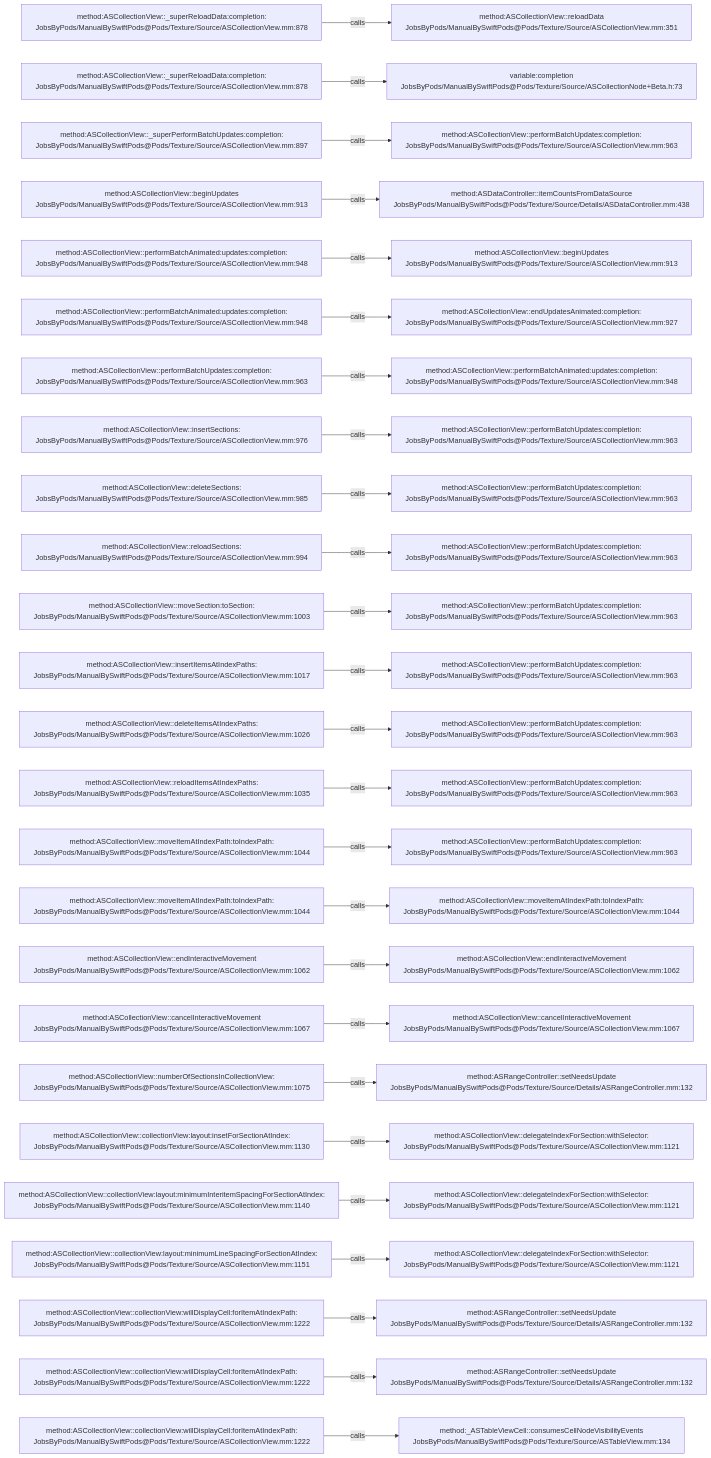
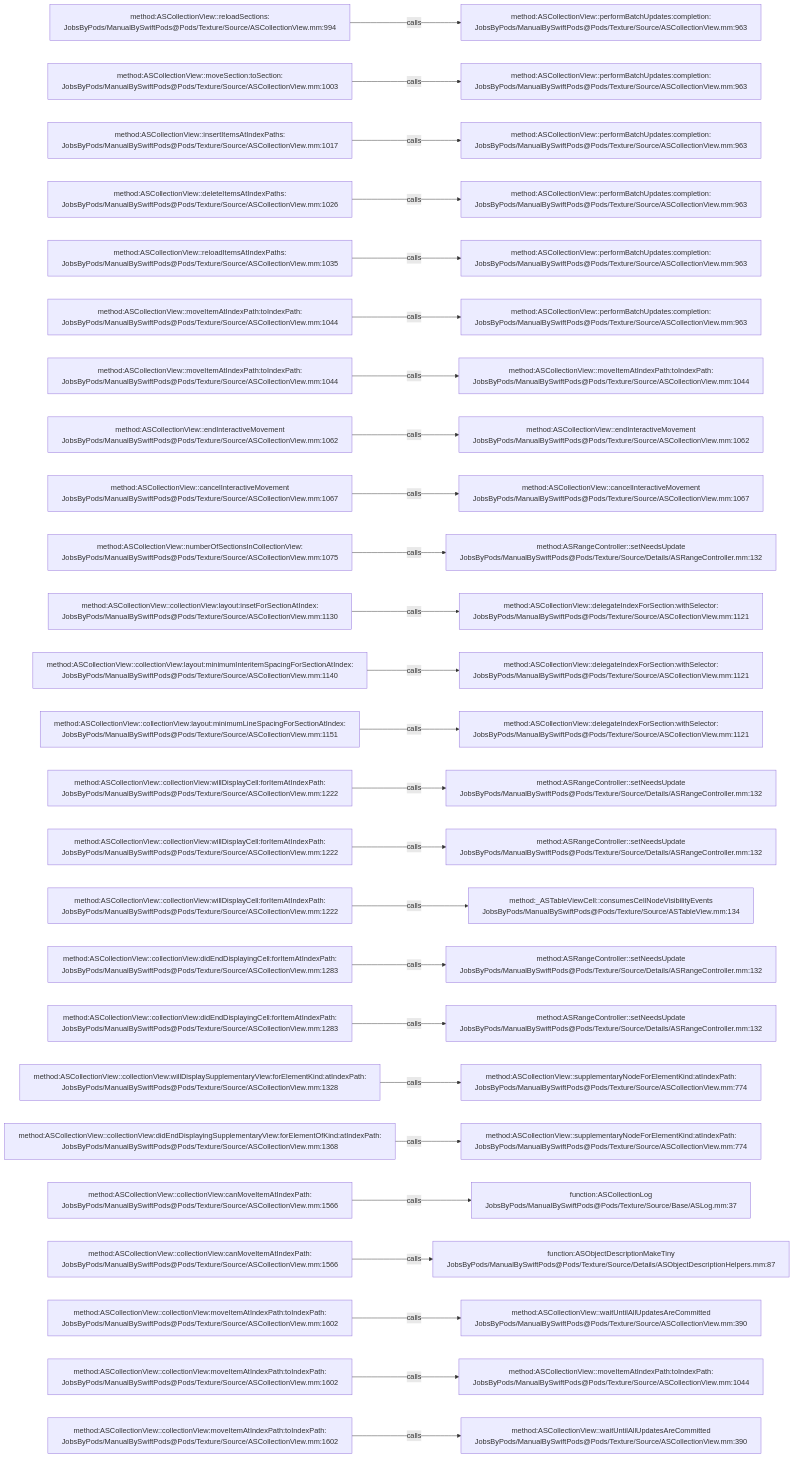
One commit to JobsKits/JobsSwiftBaseConfigDemo changed the diagram in .codegraph/codegraph.md/graphs/calls-012.md. Above: the diagram before and after it, drawn with Mermaid. The commit also changed 707 other files, not shown here.

````diff
--- a/.codegraph/codegraph.md/graphs/calls-012.md
+++ b/.codegraph/codegraph.md/graphs/calls-012.md
@@ -13,78 +13,78 @@
 ```mermaid
 flowchart LR
-  S1["method:ASCollectionView::_superReloadData:completion:<br/>JobsByPods/ManualBySwiftPods@Pods/Texture/Source/ASCollectionView.mm:878"]
-  T1["method:ASCollectionView::reloadData<br/>JobsByPods/ManualBySwiftPods@Pods/Texture/Source/ASCollectionView.mm:351"]
+  S1["method:ASCollectionView::reloadSections:<br/>JobsByPods/ManualBySwiftPods@Pods/Texture/Source/ASCollectionView.mm:994"]
+  T1["method:ASCollectionView::performBatchUpdates:completion:<br/>JobsByPods/ManualBySwiftPods@Pods/Texture/Source/ASCollectionView.mm:963"]
   S1 -->|calls| T1
-  S2["method:ASCollectionView::_superReloadData:completion:<br/>JobsByPods/ManualBySwiftPods@Pods/Texture/Source/ASCollectionView.mm:878"]
-  T2["variable:completion<br/>JobsByPods/ManualBySwiftPods@Pods/Texture/Source/ASCollectionNode+Beta.h:73"]
+  S2["method:ASCollectionView::moveSection:toSection:<br/>JobsByPods/ManualBySwiftPods@Pods/Texture/Source/ASCollectionView.mm:1003"]
+  T2["method:ASCollectionView::performBatchUpdates:completion:<br/>JobsByPods/ManualBySwiftPods@Pods/Texture/Source/ASCollectionView.mm:963"]
   S2 -->|calls| T2
-  S3["method:ASCollectionView::_superPerformBatchUpdates:completion:<br/>JobsByPods/ManualBySwiftPods@Pods/Texture/Source/ASCollectionView.mm:897"]
+  S3["method:ASCollectionView::insertItemsAtIndexPaths:<br/>JobsByPods/ManualBySwiftPods@Pods/Texture/Source/ASCollectionView.mm:1017"]
   T3["method:ASCollectionView::performBatchUpdates:completion:<br/>JobsByPods/ManualBySwiftPods@Pods/Texture/Source/ASCollectionView.mm:963"]
   S3 -->|calls| T3
-  S4["method:ASCollectionView::beginUpdates<br/>JobsByPods/ManualBySwiftPods@Pods/Texture/Source/ASCollectionView.mm:913"]
-  T4["method:ASDataController::itemCountsFromDataSource<br/>JobsByPods/ManualBySwiftPods@Pods/Texture/Source/Details/ASDataController.mm:438"]
+  S4["method:ASCollectionView::deleteItemsAtIndexPaths:<br/>JobsByPods/ManualBySwiftPods@Pods/Texture/Source/ASCollectionView.mm:1026"]
+  T4["method:ASCollectionView::performBatchUpdates:completion:<br/>JobsByPods/ManualBySwiftPods@Pods/Texture/Source/ASCollectionView.mm:963"]
   S4 -->|calls| T4
-  S5["method:ASCollectionView::performBatchAnimated:updates:completion:<br/>JobsByPods/ManualBySwiftPods@Pods/Texture/Source/ASCollectionView.mm:948"]
-  T5["method:ASCollectionView::beginUpdates<br/>JobsByPods/ManualBySwiftPods@Pods/Texture/Source/ASCollectionView.mm:913"]
+  S5["method:ASCollectionView::reloadItemsAtIndexPaths:<br/>JobsByPods/ManualBySwiftPods@Pods/Texture/Source/ASCollectionView.mm:1035"]
+  T5["method:ASCollectionView::performBatchUpdates:completion:<br/>JobsByPods/ManualBySwiftPods@Pods/Texture/Source/ASCollectionView.mm:963"]
   S5 -->|calls| T5
-  S6["method:ASCollectionView::performBatchAnimated:updates:completion:<br/>JobsByPods/ManualBySwiftPods@Pods/Texture/Source/ASCollectionView.mm:948"]
-  T6["method:ASCollectionView::endUpdatesAnimated:completion:<br/>JobsByPods/ManualBySwiftPods@Pods/Texture/Source/ASCollectionView.mm:927"]
+  S6["method:ASCollectionView::moveItemAtIndexPath:toIndexPath:<br/>JobsByPods/ManualBySwiftPods@Pods/Texture/Source/ASCollectionView.mm:1044"]
+  T6["method:ASCollectionView::performBatchUpdates:completion:<br/>JobsByPods/ManualBySwiftPods@Pods/Texture/Source/ASCollectionView.mm:963"]
   S6 -->|calls| T6
-  S7["method:ASCollectionView::performBatchUpdates:completion:<br/>JobsByPods/ManualBySwiftPods@Pods/Texture/Source/ASCollectionView.mm:963"]
-  T7["method:ASCollectionView::performBatchAnimated:updates:completion:<br/>JobsByPods/ManualBySwiftPods@Pods/Texture/Source/ASCollectionView.mm:948"]
+  S7["method:ASCollectionView::moveItemAtIndexPath:toIndexPath:<br/>JobsByPods/ManualBySwiftPods@Pods/Texture/Source/ASCollectionView.mm:1044"]
+  T7["method:ASCollectionView::moveItemAtIndexPath:toIndexPath:<br/>JobsByPods/ManualBySwiftPods@Pods/Texture/Source/ASCollectionView.mm:1044"]
   S7 -->|calls| T7
-  S8["method:ASCollectionView::insertSections:<br/>JobsByPods/ManualBySwiftPods@Pods/Texture/Source/ASCollectionView.mm:976"]
-  T8["method:ASCollectionView::performBatchUpdates:completion:<br/>JobsByPods/ManualBySwiftPods@Pods/Texture/Source/ASCollectionView.mm:963"]
+  S8["method:ASCollectionView::endInteractiveMovement<br/>JobsByPods/ManualBySwiftPods@Pods/Texture/Source/ASCollectionView.mm:1062"]
+  T8["method:ASCollectionView::endInteractiveMovement<br/>JobsByPods/ManualBySwiftPods@Pods/Texture/Source/ASCollectionView.mm:1062"]
   S8 -->|calls| T8
-  S9["method:ASCollectionView::deleteSections:<br/>JobsByPods/ManualBySwiftPods@Pods/Texture/Source/ASCollectionView.mm:985"]
-  T9["method:ASCollectionView::performBatchUpdates:completion:<br/>JobsByPods/ManualBySwiftPods@Pods/Texture/Source/ASCollectionView.mm:963"]
+  S9["method:ASCollectionView::cancelInteractiveMovement<br/>JobsByPods/ManualBySwiftPods@Pods/Texture/Source/ASCollectionView.mm:1067"]
+  T9["method:ASCollectionView::cancelInteractiveMovement<br/>JobsByPods/ManualBySwiftPods@Pods/Texture/Source/ASCollectionView.mm:1067"]
   S9 -->|calls| T9
-  S10["method:ASCollectionView::reloadSections:<br/>JobsByPods/ManualBySwiftPods@Pods/Texture/Source/ASCollectionView.mm:994"]
-  T10["method:ASCollectionView::performBatchUpdates:completion:<br/>JobsByPods/ManualBySwiftPods@Pods/Texture/Source/ASCollectionView.mm:963"]
+  S10["method:ASCollectionView::numberOfSectionsInCollectionView:<br/>JobsByPods/ManualBySwiftPods@Pods/Texture/Source/ASCollectionView.mm:1075"]
+  T10["method:ASRangeController::setNeedsUpdate<br/>JobsByPods/ManualBySwiftPods@Pods/Texture/Source/Details/ASRangeController.mm:132"]
   S10 -->|calls| T10
-  S11["method:ASCollectionView::moveSection:toSection:<br/>JobsByPods/ManualBySwiftPods@Pods/Texture/Source/ASCollectionView.mm:1003"]
-  T11["method:ASCollectionView::performBatchUpdates:completion:<br/>JobsByPods/ManualBySwiftPods@Pods/Texture/Source/ASCollectionView.mm:963"]
+  S11["method:ASCollectionView::collectionView:layout:insetForSectionAtIndex:<br/>JobsByPods/ManualBySwiftPods@Pods/Texture/Source/ASCollectionView.mm:1130"]
+  T11["method:ASCollectionView::delegateIndexForSection:withSelector:<br/>JobsByPods/ManualBySwiftPods@Pods/Texture/Source/ASCollectionView.mm:1121"]
   S11 -->|calls| T11
-  S12["method:ASCollectionView::insertItemsAtIndexPaths:<br/>JobsByPods/ManualBySwiftPods@Pods/Texture/Source/ASCollectionView.mm:1017"]
-  T12["method:ASCollectionView::performBatchUpdates:completion:<br/>JobsByPods/ManualBySwiftPods@Pods/Texture/Source/ASCollectionView.mm:963"]
+  S12["method:ASCollectionView::collectionView:layout:minimumInteritemSpacingForSectionAtIndex:<br/>JobsByPods/ManualBySwiftPods@Pods/Texture/Source/ASCollectionView.mm:1140"]
+  T12["method:ASCollectionView::delegateIndexForSection:withSelector:<br/>JobsByPods/ManualBySwiftPods@Pods/Texture/Source/ASCollectionView.mm:1121"]
   S12 -->|calls| T12
-  S13["method:ASCollectionView::deleteItemsAtIndexPaths:<br/>JobsByPods/ManualBySwiftPods@Pods/Texture/Source/ASCollectionView.mm:1026"]
-  T13["method:ASCollectionView::performBatchUpdates:completion:<br/>JobsByPods/ManualBySwiftPods@Pods/Texture/Source/ASCollectionView.mm:963"]
+  S13["method:ASCollectionView::collectionView:layout:minimumLineSpacingForSectionAtIndex:<br/>JobsByPods/ManualBySwiftPods@Pods/Texture/Source/ASCollectionView.mm:1151"]
+  T13["method:ASCollectionView::delegateIndexForSection:withSelector:<br/>JobsByPods/ManualBySwiftPods@Pods/Texture/Source/ASCollectionView.mm:1121"]
   S13 -->|calls| T13
-  S14["method:ASCollectionView::reloadItemsAtIndexPaths:<br/>JobsByPods/ManualBySwiftPods@Pods/Texture/Source/ASCollectionView.mm:1035"]
-  T14["method:ASCollectionView::performBatchUpdates:completion:<br/>JobsByPods/ManualBySwiftPods@Pods/Texture/Source/ASCollectionView.mm:963"]
+  S14["method:ASCollectionView::collectionView:willDisplayCell:forItemAtIndexPath:<br/>JobsByPods/ManualBySwiftPods@Pods/Texture/Source/ASCollectionView.mm:1222"]
+  T14["method:ASRangeController::setNeedsUpdate<br/>JobsByPods/ManualBySwiftPods@Pods/Texture/Source/Details/ASRangeController.mm:132"]
   S14 -->|calls| T14
-  S15["method:ASCollectionView::moveItemAtIndexPath:toIndexPath:<br/>JobsByPods/ManualBySwiftPods@Pods/Texture/Source/ASCollectionView.mm:1044"]
-  T15["method:ASCollectionView::performBatchUpdates:completion:<br/>JobsByPods/ManualBySwiftPods@Pods/Texture/Source/ASCollectionView.mm:963"]
+  S15["method:ASCollectionView::collectionView:willDisplayCell:forItemAtIndexPath:<br/>JobsByPods/ManualBySwiftPods@Pods/Texture/Source/ASCollectionView.mm:1222"]
+  T15["method:ASRangeController::setNeedsUpdate<br/>JobsByPods/ManualBySwiftPods@Pods/Texture/Source/Details/ASRangeController.mm:132"]
   S15 -->|calls| T15
-  S16["method:ASCollectionView::moveItemAtIndexPath:toIndexPath:<br/>JobsByPods/ManualBySwiftPods@Pods/Texture/Source/ASCollectionView.mm:1044"]
-  T16["method:ASCollectionView::moveItemAtIndexPath:toIndexPath:<br/>JobsByPods/ManualBySwiftPods@Pods/Texture/Source/ASCollectionView.mm:1044"]
+  S16["method:ASCollectionView::collectionView:willDisplayCell:forItemAtIndexPath:<br/>JobsByPods/ManualBySwiftPods@Pods/Texture/Source/ASCollectionView.mm:1222"]
+  T16["method:_ASTableViewCell::consumesCellNodeVisibilityEvents<br/>JobsByPods/ManualBySwiftPods@Pods/Texture/Source/ASTableView.mm:134"]
   S16 -->|calls| T16
-  S17["method:ASCollectionView::endInteractiveMovement<br/>JobsByPods/ManualBySwiftPods@Pods/Texture/Source/ASCollectionView.mm:1062"]
-  T17["method:ASCollectionView::endInteractiveMovement<br/>JobsByPods/ManualBySwiftPods@Pods/Texture/Source/ASCollectionView.mm:1062"]
+  S17["method:ASCollectionView::collectionView:didEndDisplayingCell:forItemAtIndexPath:<br/>JobsByPods/ManualBySwiftPods@Pods/Texture/Source/ASCollectionView.mm:1283"]
+  T17["method:ASRangeController::setNeedsUpdate<br/>JobsByPods/ManualBySwiftPods@Pods/Texture/Source/Details/ASRangeController.mm:132"]
   S17 -->|calls| T17
-  S18["method:ASCollectionView::cancelInteractiveMovement<br/>JobsByPods/ManualBySwiftPods@Pods/Texture/Source/ASCollectionView.mm:1067"]
-  T18["method:ASCollectionView::cancelInteractiveMovement<br/>JobsByPods/ManualBySwiftPods@Pods/Texture/Source/ASCollectionView.mm:1067"]
+  S18["method:ASCollectionView::collectionView:didEndDisplayingCell:forItemAtIndexPath:<br/>JobsByPods/ManualBySwiftPods@Pods/Texture/Source/ASCollectionView.mm:1283"]
+  T18["method:ASRangeController::setNeedsUpdate<br/>JobsByPods/ManualBySwiftPods@Pods/Texture/Source/Details/ASRangeController.mm:132"]
   S18 -->|calls| T18
-  S19["method:ASCollectionView::numberOfSectionsInCollectionView:<br/>JobsByPods/ManualBySwiftPods@Pods/Texture/Source/ASCollectionView.mm:1075"]
-  T19["method:ASRangeController::setNeedsUpdate<br/>JobsByPods/ManualBySwiftPods@Pods/Texture/Source/Details/ASRangeController.mm:132"]
+  S19["method:ASCollectionView::collectionView:willDisplaySupplementaryView:forElementKind:atIndexPath:<br/>JobsByPods/ManualBySwiftPods@Pods/Texture/Source/ASCollectionView.mm:1328"]
+  T19["method:ASCollectionView::supplementaryNodeForElementKind:atIndexPath:<br/>JobsByPods/ManualBySwiftPods@Pods/Texture/Source/ASCollectionView.mm:774"]
   S19 -->|calls| T19
-  S20["method:ASCollectionView::collectionView:layout:insetForSectionAtIndex:<br/>JobsByPods/ManualBySwiftPods@Pods/Texture/Source/ASCollectionView.mm:1130"]
-  T20["method:ASCollectionView::delegateIndexForSection:withSelector:<br/>JobsByPods/ManualBySwiftPods@Pods/Texture/Source/ASCollectionView.mm:1121"]
+  S20["method:ASCollectionView::collectionView:didEndDisplayingSupplementaryView:forElementOfKind:atIndexPath:<br/>JobsByPods/ManualBySwiftPods@Pods/Texture/Source/ASCollectionView.mm:1368"]
+  T20["method:ASCollectionView::supplementaryNodeForElementKind:atIndexPath:<br/>JobsByPods/ManualBySwiftPods@Pods/Texture/Source/ASCollectionView.mm:774"]
   S20 -->|calls| T20
-  S21["method:ASCollectionView::collectionView:layout:minimumInteritemSpacingForSectionAtIndex:<br/>JobsByPods/ManualBySwiftPods@Pods/Texture/Source/ASCollectionView.mm:1140"]
-  T21["method:ASCollectionView::delegateIndexForSection:withSelector:<br/>JobsByPods/ManualBySwiftPods@Pods/Texture/Source/ASCollectionView.mm:1121"]
+  S21["method:ASCollectionView::collectionView:canMoveItemAtIndexPath:<br/>JobsByPods/ManualBySwiftPods@Pods/Texture/Source/ASCollectionView.mm:1566"]
+  T21["function:ASCollectionLog<br/>JobsByPods/ManualBySwiftPods@Pods/Texture/Source/Base/ASLog.mm:37"]
   S21 -->|calls| T21
-  S22["method:ASCollectionView::collectionView:layout:minimumLineSpacingForSectionAtIndex:<br/>JobsByPods/ManualBySwiftPods@Pods/Texture/Source/ASCollectionView.mm:1151"]
-  T22["method:ASCollectionView::delegateIndexForSection:withSelector:<br/>JobsByPods/ManualBySwiftPods@Pods/Texture/Source/ASCollectionView.mm:1121"]
+  S22["method:ASCollectionView::collectionView:canMoveItemAtIndexPath:<br/>JobsByPods/ManualBySwiftPods@Pods/Texture/Source/ASCollectionView.mm:1566"]
+  T22["function:ASObjectDescriptionMakeTiny<br/>JobsByPods/ManualBySwiftPods@Pods/Texture/Source/Details/ASObjectDescriptionHelpers.mm:87"]
   S22 -->|calls| T22
-  S23["method:ASCollectionView::collectionView:willDisplayCell:forItemAtIndexPath:<br/>JobsByPods/ManualBySwiftPods@Pods/Texture/Source/ASCollectionView.mm:1222"]
-  T23["method:ASRangeController::setNeedsUpdate<br/>JobsByPods/ManualBySwiftPods@Pods/Texture/Source/Details/ASRangeController.mm:132"]
+  S23["method:ASCollectionView::collectionView:moveItemAtIndexPath:toIndexPath:<br/>JobsByPods/ManualBySwiftPods@Pods/Texture/Source/ASCollectionView.mm:1602"]
+  T23["method:ASCollectionView::waitUntilAllUpdatesAreCommitted<br/>JobsByPods/ManualBySwiftPods@Pods/Texture/Source/ASCollectionView.mm:390"]
   S23 -->|calls| T23
-  S24["method:ASCollectionView::collectionView:willDisplayCell:forItemAtIndexPath:<br/>JobsByPods/ManualBySwiftPods@Pods/Texture/Source/ASCollectionView.mm:1222"]
-  T24["method:ASRangeController::setNeedsUpdate<br/>JobsByPods/ManualBySwiftPods@Pods/Texture/Source/Details/ASRangeController.mm:132"]
+  S24["method:ASCollectionView::collectionView:moveItemAtIndexPath:toIndexPath:<br/>JobsByPods/ManualBySwiftPods@Pods/Texture/Source/ASCollectionView.mm:1602"]
+  T24["method:ASCollectionView::moveItemAtIndexPath:toIndexPath:<br/>JobsByPods/ManualBySwiftPods@Pods/Texture/Source/ASCollectionView.mm:1044"]
   S24 -->|calls| T24
-  S25["method:ASCollectionView::collectionView:willDisplayCell:forItemAtIndexPath:<br/>JobsByPods/ManualBySwiftPods@Pods/Texture/Source/ASCollectionView.mm:1222"]
-  T25["method:_ASTableViewCell::consumesCellNodeVisibilityEvents<br/>JobsByPods/ManualBySwiftPods@Pods/Texture/Source/ASTableView.mm:134"]
+  S25["method:ASCollectionView::collectionView:moveItemAtIndexPath:toIndexPath:<br/>JobsByPods/ManualBySwiftPods@Pods/Texture/Source/ASCollectionView.mm:1602"]
+  T25["method:ASCollectionView::waitUntilAllUpdatesAreCommitted<br/>JobsByPods/ManualBySwiftPods@Pods/Texture/Source/ASCollectionView.mm:390"]
   S25 -->|calls| T25
 ```
````
